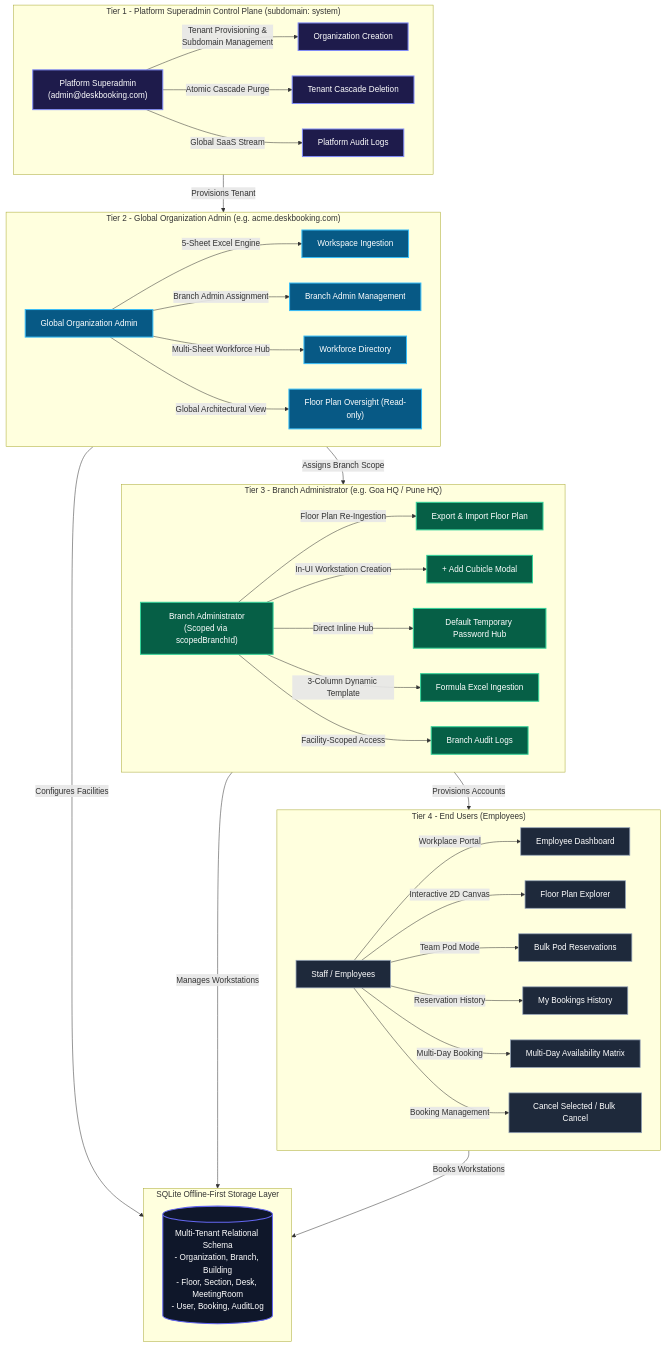
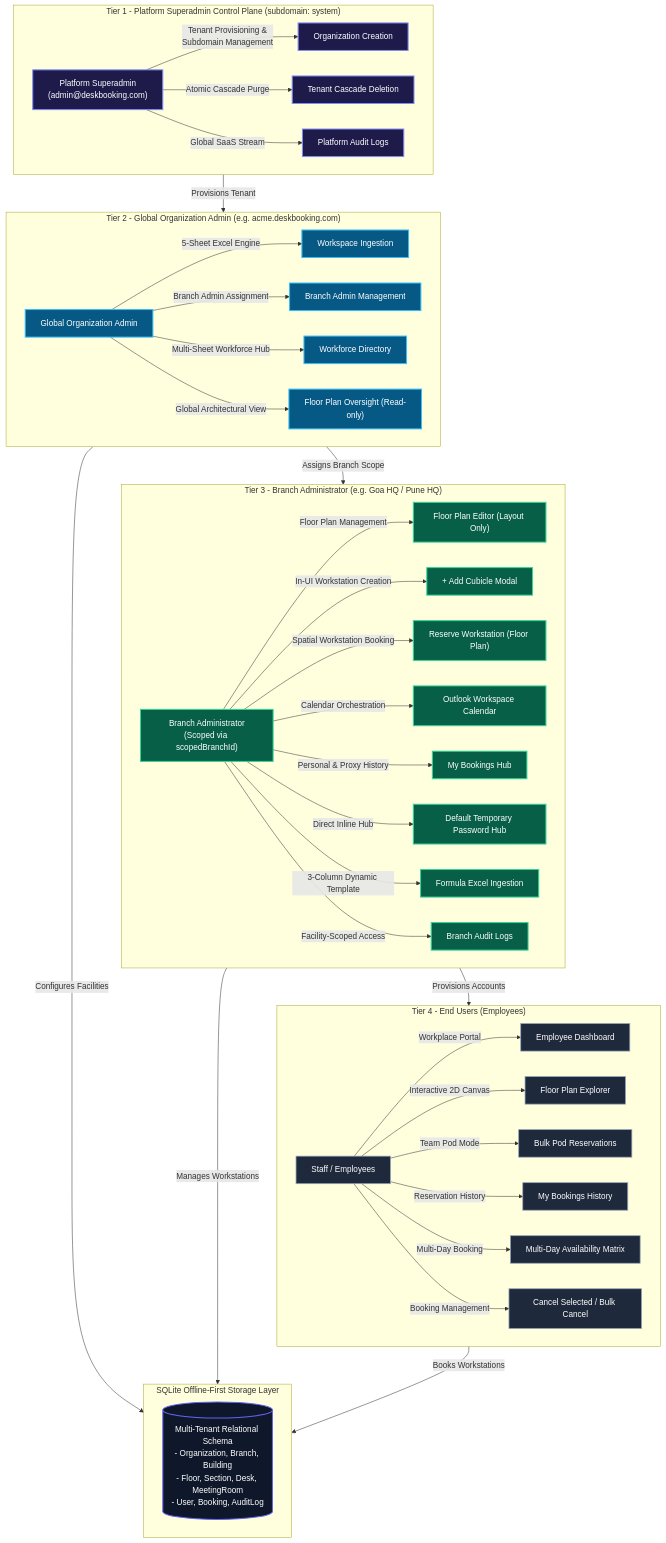
One commit to swayamprabhu2005/MultiTenant-OfflineFirst-Desk-Booking changed the diagram in README.md. Above: the diagram before and after it, drawn with Mermaid. The commit also changed other lines of this file and 6 other files, not shown here.

Commit message:
Floor Plan Editor Role Clarification and Outlook Workspace Calendar Redesign

````diff
--- a/README.md
+++ b/README.md
@@ -18,53 +18,56 @@
 ```mermaid
 flowchart TD
     classDef platform fill:#1e1b4b,stroke:#818cf8,stroke-width:2px,color:#ffffff;
     classDef org fill:#075985,stroke:#38bdf8,stroke-width:2px,color:#ffffff;
     classDef branch fill:#065f46,stroke:#34d399,stroke-width:2px,color:#ffffff;
     classDef employee fill:#1e293b,stroke:#94a3b8,stroke-width:1.5px,color:#ffffff;
     classDef database fill:#0f172a,stroke:#6366f1,stroke-width:2px,color:#ffffff;
 
     subgraph Tier1["Tier 1 - Platform Superadmin Control Plane (subdomain: system)"]
         SA["Platform Superadmin\n(admin@deskbooking.com)"]:::platform
         SA -->|"Tenant Provisioning &\nSubdomain Management"| OP["Organization Creation"]:::platform
         SA -->|"Atomic Cascade Purge"| CP["Tenant Cascade Deletion"]:::platform
         SA -->|"Global SaaS Stream"| AL1["Platform Audit Logs"]:::platform
     end
 
     subgraph Tier2["Tier 2 - Global Organization Admin (e.g. acme.deskbooking.com)"]
         OA["Global Organization Admin"]:::org
         OA -->|"5-Sheet Excel Engine"| WS["Workspace Ingestion"]:::org
         OA -->|"Branch Admin Assignment"| BA_Prov["Branch Admin Management"]:::org
         OA -->|"Multi-Sheet Workforce Hub"| WF["Workforce Directory"]:::org
         OA -->|"Global Architectural View"| FP_Oversight["Floor Plan Oversight (Read-only)"]:::org
     end
 
     subgraph Tier3["Tier 3 - Branch Administrator (e.g. Goa HQ / Pune HQ)"]
         BA["Branch Administrator\n(Scoped via scopedBranchId)"]:::branch
-        BA -->|"Floor Plan Re-Ingestion"| FP_EXP["Export & Import Floor Plan"]:::branch
+        BA -->|"Floor Plan Management"| FP_EXP["Floor Plan Editor (Layout Only)"]:::branch
         BA -->|"In-UI Workstation Creation"| ADD_CUB["+ Add Cubicle Modal"]:::branch
+        BA -->|"Spatial Workstation Booking"| BA_RES["Reserve Workstation (Floor Plan)"]:::branch
+        BA -->|"Calendar Orchestration"| BA_CAL["Outlook Workspace Calendar"]:::branch
+        BA -->|"Personal & Proxy History"| BA_BK["My Bookings Hub"]:::branch
         BA -->|"Direct Inline Hub"| PWD_HUB["Default Temporary Password Hub"]:::branch
         BA -->|"3-Column Dynamic Template"| BATCH["Formula Excel Ingestion"]:::branch
         BA -->|"Facility-Scoped Access"| BA_AUDIT["Branch Audit Logs"]:::branch
     end
 
     subgraph Tier4["Tier 4 - End Users (Employees)"]
         EMP["Staff / Employees"]:::employee
         EMP -->|"Workplace Portal"| DASH["Employee Dashboard"]:::employee
         EMP -->|"Interactive 2D Canvas"| BOOKING["Floor Plan Explorer"]:::employee
         EMP -->|"Team Pod Mode"| BULK["Bulk Pod Reservations"]:::employee
         EMP -->|"Reservation History"| MY_BK["My Bookings History"]:::employee
         EMP -->|"Multi-Day Booking"| MULTIDAY["Multi-Day Availability Matrix"]:::employee
         EMP -->|"Booking Management"| CANCEL["Cancel Selected / Bulk Cancel"]:::employee
     end
 
     subgraph Storage["SQLite Offline-First Storage Layer"]
         DB[("Multi-Tenant Relational Schema\n- Organization, Branch, Building\n- Floor, Section, Desk, MeetingRoom\n- User, Booking, AuditLog")]:::database
     end
 
     Tier1 -->|"Provisions Tenant"| Tier2
     Tier2 -->|"Configures Facilities"| Storage
     Tier2 -->|"Assigns Branch Scope"| Tier3
     Tier3 -->|"Provisions Accounts"| Tier4
     Tier3 -->|"Manages Workstations"| Storage
     Tier4 -->|"Books Workstations"| Storage
 ```
````
